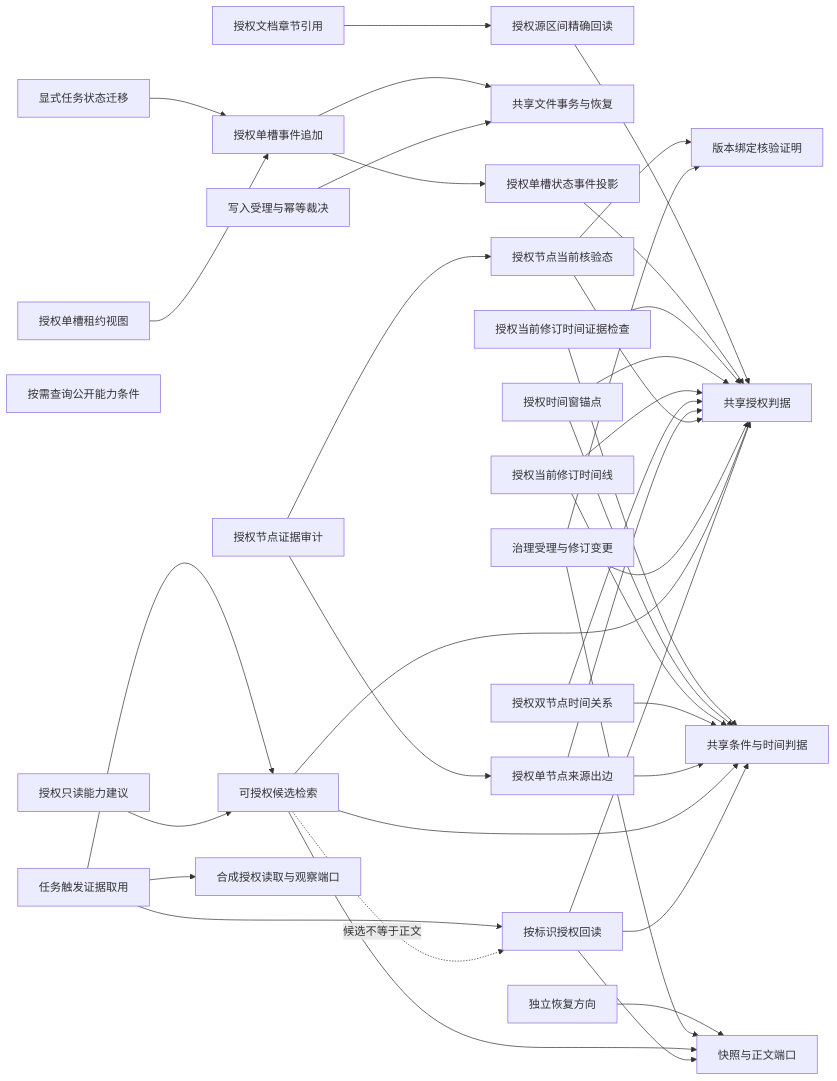
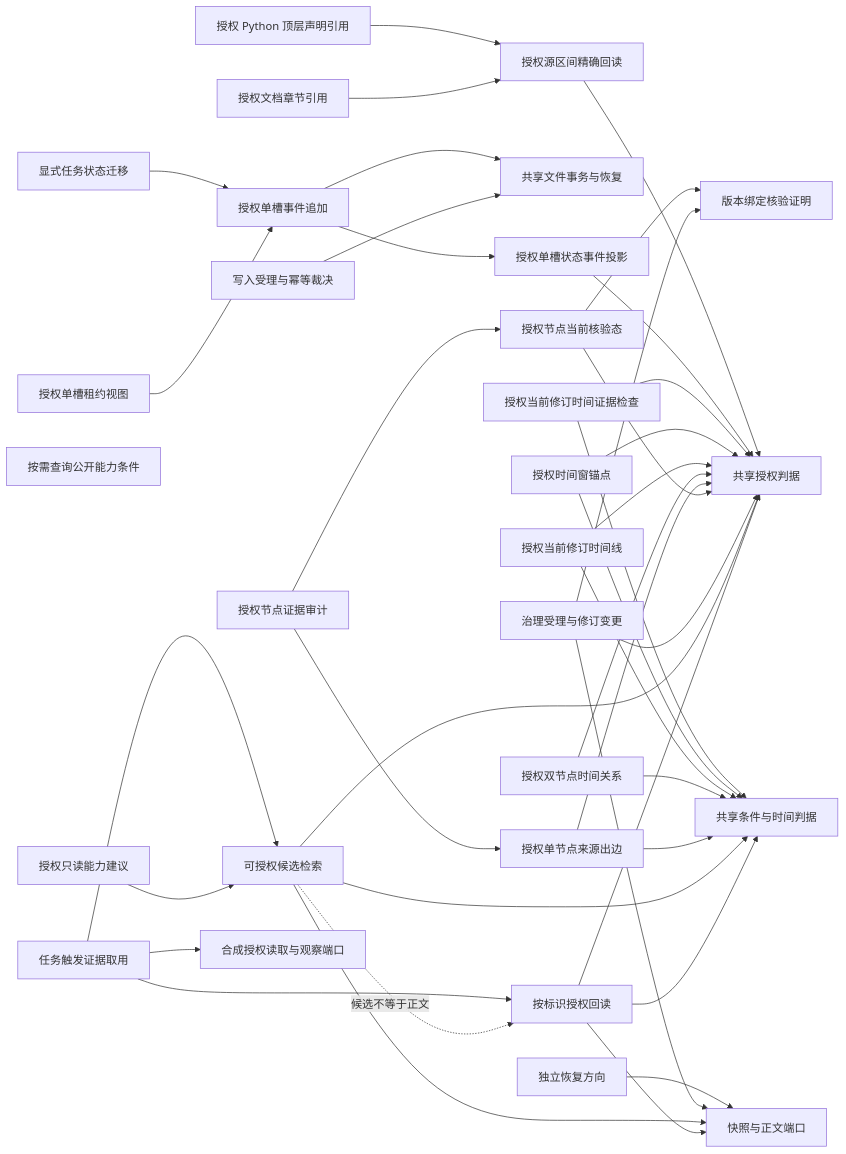
Before and after one commit to FuRongJun-1999/dsh-lingshu-memory: the diagram in docs/CAPABILITY_GRAPH.md, drawn with Mermaid. The commit also changed other lines of this file and 11 other files, not shown here.

```diff
--- a/docs/CAPABILITY_GRAPH.md
+++ b/docs/CAPABILITY_GRAPH.md
@@ -5,41 +5,42 @@
 ~~~mermaid
 graph LR
   G[按标识授权回读] --> A[共享授权判据]
   G --> T[共享条件与时间判据]
   G --> S[快照与正文端口]
   Q[可授权候选检索] --> A
   Q --> T
   Q --> S
   Q -. 候选不等于正文 .-> G
   W[写入受理与幂等裁决] --> X[共享文件事务与恢复]
   R[治理受理与修订变更] --> S
   R --> A
   R --> V[版本绑定核验证明]
   K[授权节点当前核验态] --> V
   K --> A
   E[授权单节点来源出边] --> A
   E --> T
   Z[授权双节点时间关系] --> T
   Z --> A
   L[授权当前修订时间线] --> T
   L --> A
   WN[授权时间窗锚点] --> T
   WN --> A
   TC[授权当前修订时间证据检查] --> T
   TC --> A
   SC[授权单槽状态事件投影] --> A
   SE[授权单槽事件追加] --> SC
   SE --> X
   SL[授权单槽租约视图] --> SE
   EA[授权节点证据审计] --> K
   EA --> E
   RH[授权只读能力建议] --> Q
   HH[按需查询公开能力条件]
   TP[显式任务状态迁移] --> SE
   RF[授权源区间精确回读] --> A
   DS[授权文档章节引用] --> RF
+  CD[授权 Python 顶层声明引用] --> RF
   P[独立恢复方向] --> S
   C[任务触发证据取用] --> O[合成授权读取与观察端口]
   C --> G
   C --> Q
 ~~~
```
